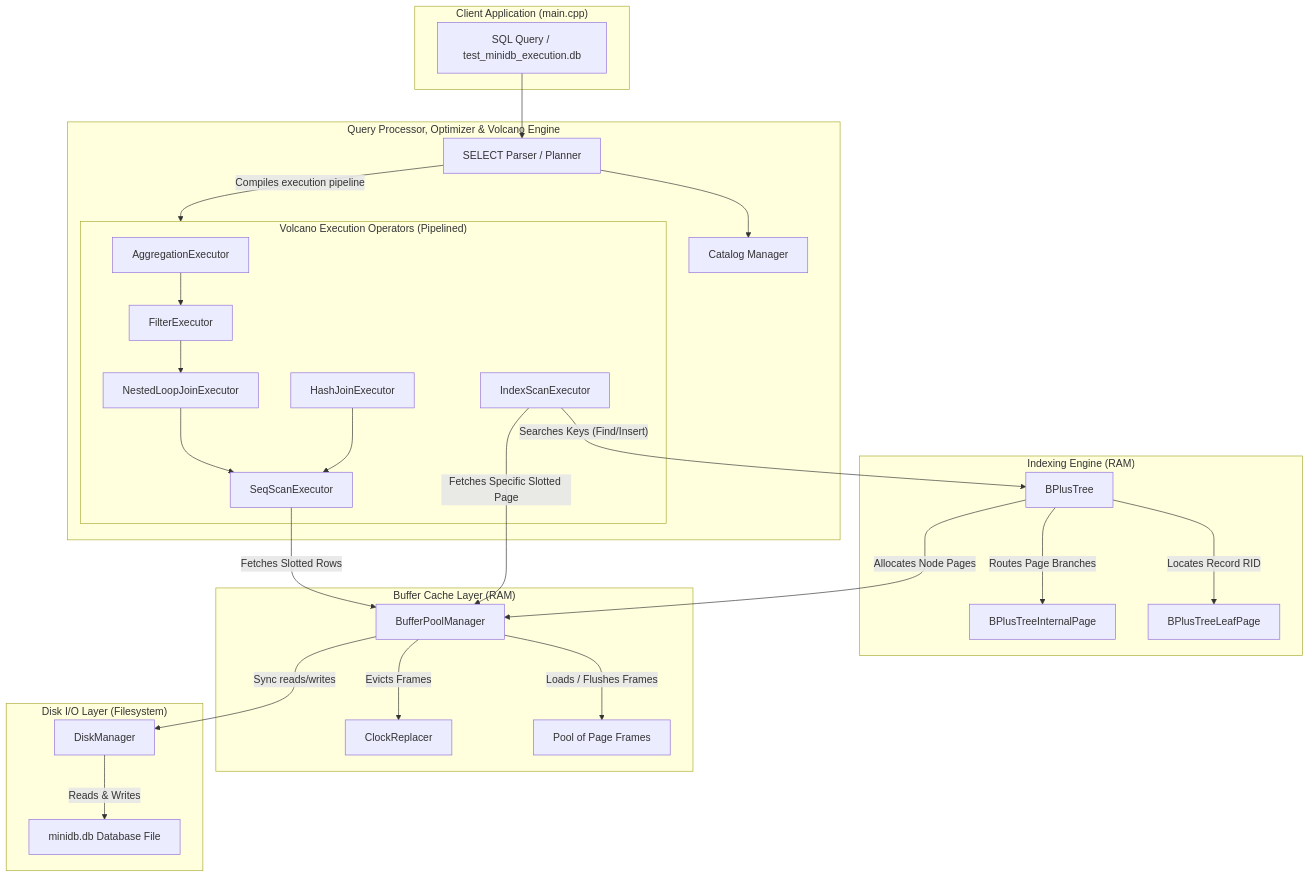
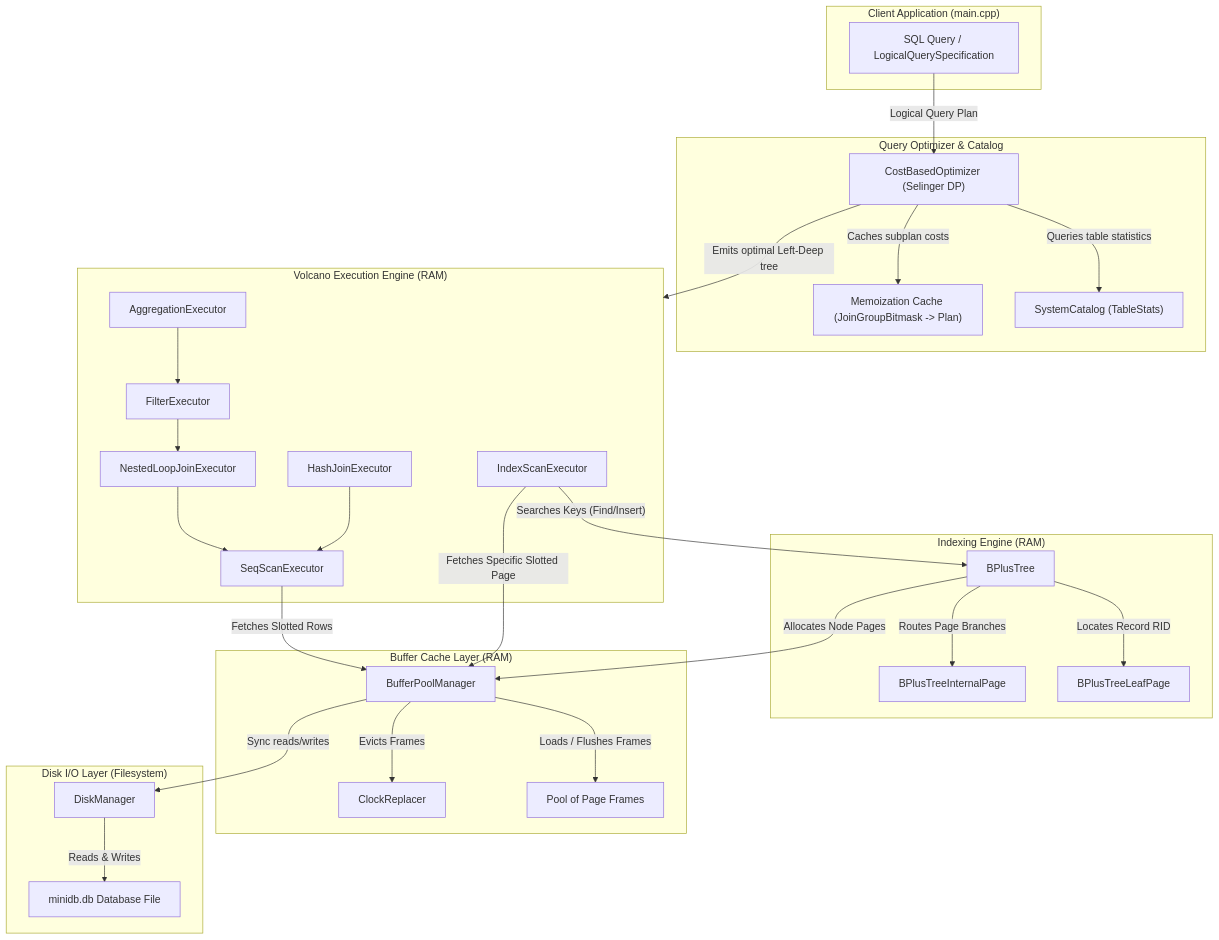
Before and after one commit to KnightKnight27/scaler-Adv-DBMS: the diagram in MiniDB_Projects/Team_NoClarity/docs/milestones_tracker.md, drawn with Mermaid. The commit also changed other lines of this file and 3 other files, not shown here.

Commit message:
feat: implement cost-based join order optimizer (Milestone 4) using Selinger DP algorithm

````diff
--- a/MiniDB_Projects/Team_NoClarity/docs/milestones_tracker.md
+++ b/MiniDB_Projects/Team_NoClarity/docs/milestones_tracker.md
@@ -48,60 +56,61 @@
 ```mermaid
 graph TD
     subgraph Client_App ["Client Application (main.cpp)"]
-        App["SQL Query / test_minidb_execution.db"]
+        App["SQL Query / LogicalQuerySpecification"]
     end
 
-    subgraph Query_Processor ["Query Processor, Optimizer & Volcano Engine"]
-        Parser["SELECT Parser / Planner"]
-        Cat["Catalog Manager"]
-        
-        subgraph Volcano_Engine ["Volcano Execution Operators (Pipelined)"]
-            Agg["AggregationExecutor"]
-            Filter["FilterExecutor"]
-            NLJ["NestedLoopJoinExecutor"]
-            HJ["HashJoinExecutor"]
-            SeqScan["SeqScanExecutor"]
-            IndexScan["IndexScanExecutor"]
-        end
+    subgraph Optimizer_Planner ["Query Optimizer & Catalog"]
+        Opt["CostBasedOptimizer (Selinger DP)"]
+        Memo["Memoization Cache (JoinGroupBitmask -> Plan)"]
+        Cat["SystemCatalog (TableStats)"]
+    end
+
+    subgraph Volcano_Engine ["Volcano Execution Engine (RAM)"]
+        Agg["AggregationExecutor"]
+        Filter["FilterExecutor"]
+        NLJ["NestedLoopJoinExecutor"]
+        HJ["HashJoinExecutor"]
+        SeqScan["SeqScanExecutor"]
+        IndexScan["IndexScanExecutor"]
     end
 
     subgraph Indexing_Engine ["Indexing Engine (RAM)"]
         BPT["BPlusTree"]
         Internal["BPlusTreeInternalPage"]
         Leaf["BPlusTreeLeafPage"]
     end
 
     subgraph Buffer_Cache_Layer ["Buffer Cache Layer (RAM)"]
         BPM["BufferPoolManager"]
         CR["ClockReplacer"]
         Frames["Pool of Page Frames"]
     end
 
     subgraph Disk_IO_Layer ["Disk I/O Layer (Filesystem)"]
         DM["DiskManager"]
         DBFile["minidb.db Database File"]
     end
 
-    App --> Parser
-    Parser --> Cat
-    
-    Parser -->|"Compiles execution pipeline"| Volcano_Engine
+    App -->|"Logical Query Plan"| Opt
+    Opt -->|"Queries table statistics"| Cat
+    Opt -->|"Caches subplan costs"| Memo
+    Opt -->|"Emits optimal Left-Deep tree"| Volcano_Engine
     
     Agg --> Filter
     Filter --> NLJ
     NLJ --> SeqScan
     HJ --> SeqScan
     
     IndexScan -->|"Searches Keys (Find/Insert)"| BPT
     BPT -->|"Routes Page Branches"| Internal
     BPT -->|"Locates Record RID"| Leaf
     
     SeqScan -->|"Fetches Slotted Rows"| BPM
     IndexScan -->|"Fetches Specific Slotted Page"| BPM
     
     BPT -->|"Allocates Node Pages"| BPM
     BPM -->|"Evicts Frames"| CR
     BPM -->|"Loads / Flushes Frames"| Frames
     BPM -->|"Sync reads/writes"| DM
     DM -->|"Reads & Writes"| DBFile
 ```
````
